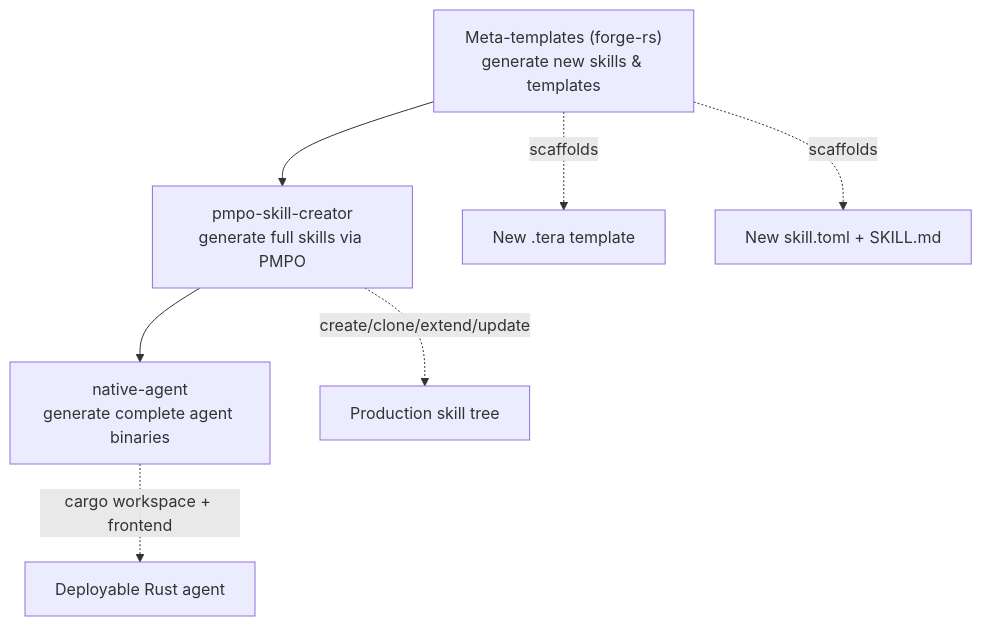
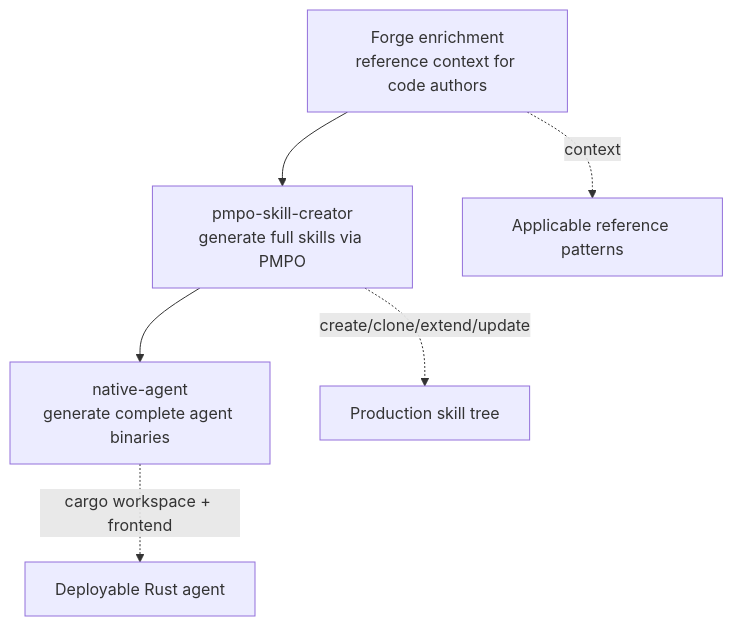
Before and after one commit to Prometheus-AGS/prometheus-skill-system: the diagram in docs/guide/14-rust-toolchain.md, drawn with Mermaid. The commit also changed other lines of this file and 944 other files, not shown here.

````diff
--- a/docs/guide/14-rust-toolchain.md
+++ b/docs/guide/14-rust-toolchain.md
@@ -47,9 +47,8 @@
 ```mermaid
 graph TD
-    A["Meta-templates (forge-rs)<br/>generate new skills & templates"] --> B["pmpo-skill-creator<br/>generate full skills via PMPO"]
+    A["Forge enrichment<br/>reference context for code authors"] --> B["pmpo-skill-creator<br/>generate full skills via PMPO"]
     B --> C["native-agent<br/>generate complete agent binaries"]
-    A -.scaffolds.-> D[New .tera template]
-    A -.scaffolds.-> E[New skill.toml + SKILL.md]
+    A -.context.-> D[Applicable reference patterns]
     B -.create/clone/extend/update.-> F[Production skill tree]
     C -.cargo workspace + frontend.-> G[Deployable Rust agent]
 ```
````
